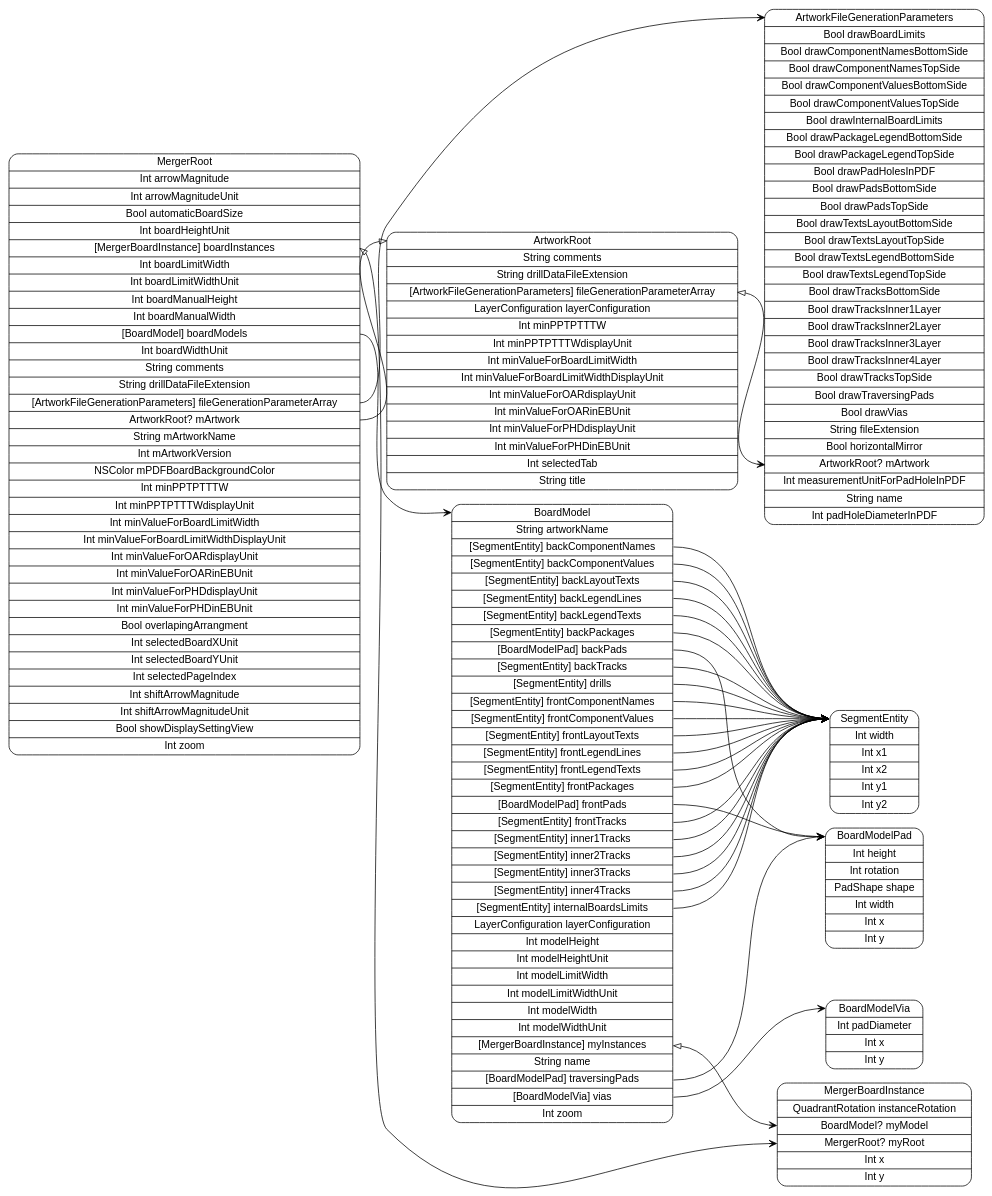
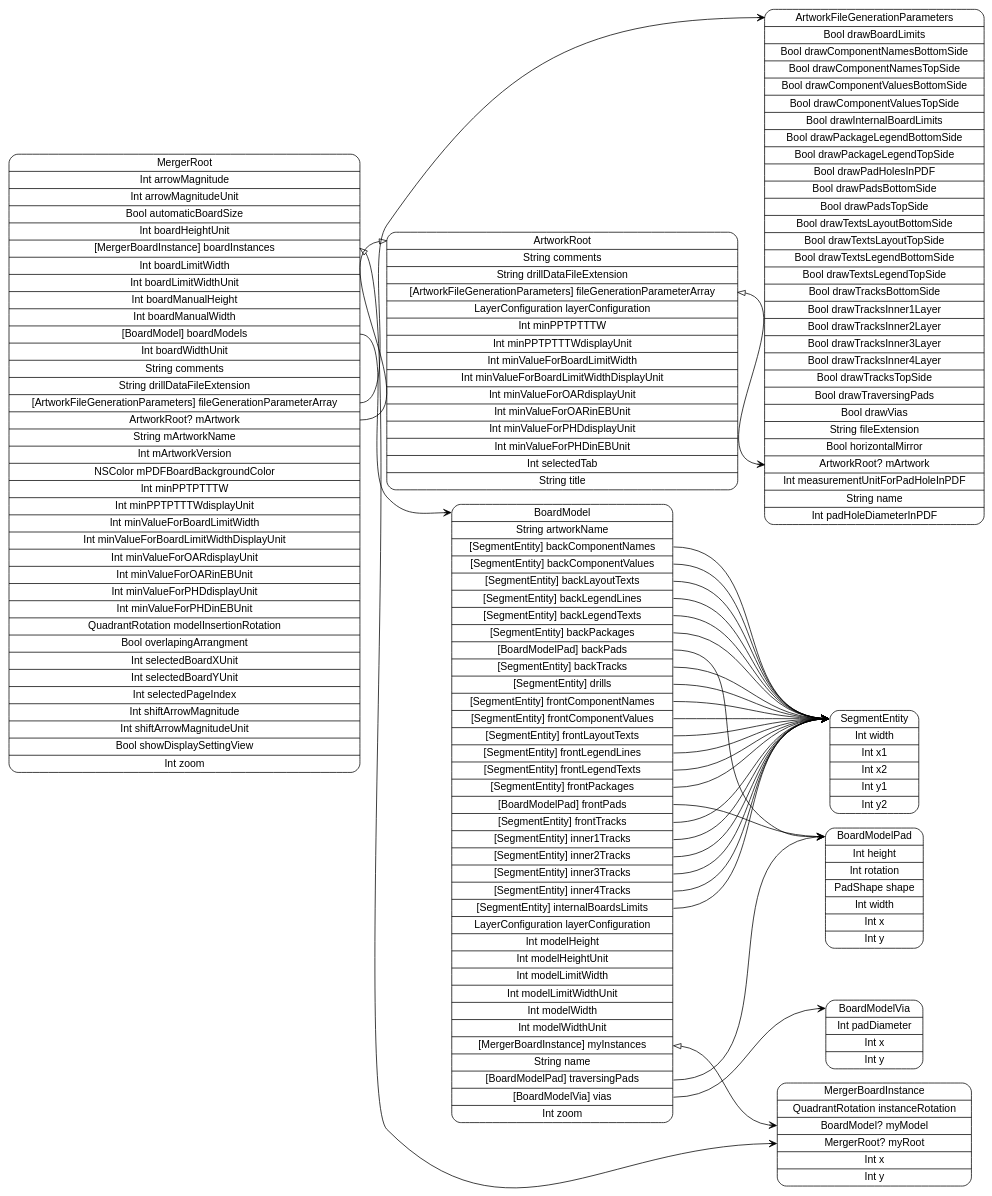
The diagram in models/MergerRoot.dot (pierremolinaro/ElCanari-dev), drawn with Graphviz before and after one commit. The commit also changed 34 other files, not shown here.

Commit message:
AutoLayoutMergerDocument : fin board page

```diff
--- a/models/MergerRoot.dot
+++ b/models/MergerRoot.dot
@@ -1,42 +1,42 @@
 digraph G {
   rankdir=LR ;
   node [shape=record fontname=helvetica style=rounded] ;
-  MergerRoot[label="<MergerRoot>MergerRoot|Int arrowMagnitude|Int arrowMagnitudeUnit|Bool automaticBoardSize|Int boardHeightUnit|<boardInstances>[MergerBoardInstance] boardInstances|Int boardLimitWidth|Int boardLimitWidthUnit|Int boardManualHeight|Int boardManualWidth|<boardModels>[BoardModel] boardModels|Int boardWidthUnit|String comments|String drillDataFileExtension|<fileGenerationParameterArray>[ArtworkFileGenerationParameters] fileGenerationParameterArray|<mArtwork>ArtworkRoot? mArtwork|String mArtworkName|Int mArtworkVersion|NSColor mPDFBoardBackgroundColor|Int minPPTPTTTW|Int minPPTPTTTWdisplayUnit|Int minValueForBoardLimitWidth|Int minValueForBoardLimitWidthDisplayUnit|Int minValueForOARdisplayUnit|Int minValueForOARinEBUnit|Int minValueForPHDdisplayUnit|Int minValueForPHDinEBUnit|Bool overlapingArrangment|Int selectedBoardXUnit|Int selectedBoardYUnit|Int selectedPageIndex|Int shiftArrowMagnitude|Int shiftArrowMagnitudeUnit|Bool showDisplaySettingView|Int zoom"] ;
+  MergerRoot[label="<MergerRoot>MergerRoot|Int arrowMagnitude|Int arrowMagnitudeUnit|Bool automaticBoardSize|Int boardHeightUnit|<boardInstances>[MergerBoardInstance] boardInstances|Int boardLimitWidth|Int boardLimitWidthUnit|Int boardManualHeight|Int boardManualWidth|<boardModels>[BoardModel] boardModels|Int boardWidthUnit|String comments|String drillDataFileExtension|<fileGenerationParameterArray>[ArtworkFileGenerationParameters] fileGenerationParameterArray|<mArtwork>ArtworkRoot? mArtwork|String mArtworkName|Int mArtworkVersion|NSColor mPDFBoardBackgroundColor|Int minPPTPTTTW|Int minPPTPTTTWdisplayUnit|Int minValueForBoardLimitWidth|Int minValueForBoardLimitWidthDisplayUnit|Int minValueForOARdisplayUnit|Int minValueForOARinEBUnit|Int minValueForPHDdisplayUnit|Int minValueForPHDinEBUnit|QuadrantRotation modelInsertionRotation|Bool overlapingArrangment|Int selectedBoardXUnit|Int selectedBoardYUnit|Int selectedPageIndex|Int shiftArrowMagnitude|Int shiftArrowMagnitudeUnit|Bool showDisplaySettingView|Int zoom"] ;
   ArtworkRoot[label="<ArtworkRoot>ArtworkRoot|String comments|String drillDataFileExtension|<fileGenerationParameterArray>[ArtworkFileGenerationParameters] fileGenerationParameterArray|LayerConfiguration layerConfiguration|Int minPPTPTTTW|Int minPPTPTTTWdisplayUnit|Int minValueForBoardLimitWidth|Int minValueForBoardLimitWidthDisplayUnit|Int minValueForOARdisplayUnit|Int minValueForOARinEBUnit|Int minValueForPHDdisplayUnit|Int minValueForPHDinEBUnit|Int selectedTab|String title"] ;
   ArtworkFileGenerationParameters[label="<ArtworkFileGenerationParameters>ArtworkFileGenerationParameters|Bool drawBoardLimits|Bool drawComponentNamesBottomSide|Bool drawComponentNamesTopSide|Bool drawComponentValuesBottomSide|Bool drawComponentValuesTopSide|Bool drawInternalBoardLimits|Bool drawPackageLegendBottomSide|Bool drawPackageLegendTopSide|Bool drawPadHolesInPDF|Bool drawPadsBottomSide|Bool drawPadsTopSide|Bool drawTextsLayoutBottomSide|Bool drawTextsLayoutTopSide|Bool drawTextsLegendBottomSide|Bool drawTextsLegendTopSide|Bool drawTracksBottomSide|Bool drawTracksInner1Layer|Bool drawTracksInner2Layer|Bool drawTracksInner3Layer|Bool drawTracksInner4Layer|Bool drawTracksTopSide|Bool drawTraversingPads|Bool drawVias|String fileExtension|Bool horizontalMirror|<mArtwork>ArtworkRoot? mArtwork|Int measurementUnitForPadHoleInPDF|String name|Int padHoleDiameterInPDF"] ;
   BoardModel[label="<BoardModel>BoardModel|String artworkName|<backComponentNames>[SegmentEntity] backComponentNames|<backComponentValues>[SegmentEntity] backComponentValues|<backLayoutTexts>[SegmentEntity] backLayoutTexts|<backLegendLines>[SegmentEntity] backLegendLines|<backLegendTexts>[SegmentEntity] backLegendTexts|<backPackages>[SegmentEntity] backPackages|<backPads>[BoardModelPad] backPads|<backTracks>[SegmentEntity] backTracks|<drills>[SegmentEntity] drills|<frontComponentNames>[SegmentEntity] frontComponentNames|<frontComponentValues>[SegmentEntity] frontComponentValues|<frontLayoutTexts>[SegmentEntity] frontLayoutTexts|<frontLegendLines>[SegmentEntity] frontLegendLines|<frontLegendTexts>[SegmentEntity] frontLegendTexts|<frontPackages>[SegmentEntity] frontPackages|<frontPads>[BoardModelPad] frontPads|<frontTracks>[SegmentEntity] frontTracks|<inner1Tracks>[SegmentEntity] inner1Tracks|<inner2Tracks>[SegmentEntity] inner2Tracks|<inner3Tracks>[SegmentEntity] inner3Tracks|<inner4Tracks>[SegmentEntity] inner4Tracks|<internalBoardsLimits>[SegmentEntity] internalBoardsLimits|LayerConfiguration layerConfiguration|Int modelHeight|Int modelHeightUnit|Int modelLimitWidth|Int modelLimitWidthUnit|Int modelWidth|Int modelWidthUnit|<myInstances>[MergerBoardInstance] myInstances|String name|<traversingPads>[BoardModelPad] traversingPads|<vias>[BoardModelVia] vias|Int zoom"] ;
   BoardModelVia[label="<BoardModelVia>BoardModelVia|Int padDiameter|Int x|Int y"] ;
   BoardModelPad[label="<BoardModelPad>BoardModelPad|Int height|Int rotation|PadShape shape|Int width|Int x|Int y"] ;
   SegmentEntity[label="<SegmentEntity>SegmentEntity|Int width|Int x1|Int x2|Int y1|Int y2"] ;
   MergerBoardInstance[label="<MergerBoardInstance>MergerBoardInstance|QuadrantRotation instanceRotation|<myModel>BoardModel? myModel|<myRoot>MergerRoot? myRoot|Int x|Int y"] ;
   MergerRoot:boardInstances -> MergerBoardInstance:myRoot [dir=both arrowtail=onormal arrowhead=vee] ;
   MergerRoot:boardModels -> BoardModel:BoardModel [dir=both arrowtail=none arrowhead=vee] ;
   MergerRoot:fileGenerationParameterArray -> ArtworkFileGenerationParameters:ArtworkFileGenerationParameters [dir=both arrowtail=none arrowhead=vee] ;
   MergerRoot:mArtwork -> ArtworkRoot:ArtworkRoot [dir=both arrowtail=none arrowhead=onormal] ;
   ArtworkRoot:fileGenerationParameterArray -> ArtworkFileGenerationParameters:mArtwork [dir=both arrowtail=onormal arrowhead=vee] ;
   BoardModel:backComponentNames -> SegmentEntity:SegmentEntity [dir=both arrowtail=none arrowhead=vee] ;
   BoardModel:backComponentValues -> SegmentEntity:SegmentEntity [dir=both arrowtail=none arrowhead=vee] ;
   BoardModel:backLayoutTexts -> SegmentEntity:SegmentEntity [dir=both arrowtail=none arrowhead=vee] ;
   BoardModel:backLegendLines -> SegmentEntity:SegmentEntity [dir=both arrowtail=none arrowhead=vee] ;
   BoardModel:backLegendTexts -> SegmentEntity:SegmentEntity [dir=both arrowtail=none arrowhead=vee] ;
   BoardModel:backPackages -> SegmentEntity:SegmentEntity [dir=both arrowtail=none arrowhead=vee] ;
   BoardModel:backPads -> BoardModelPad:BoardModelPad [dir=both arrowtail=none arrowhead=vee] ;
   BoardModel:backTracks -> SegmentEntity:SegmentEntity [dir=both arrowtail=none arrowhead=vee] ;
   BoardModel:drills -> SegmentEntity:SegmentEntity [dir=both arrowtail=none arrowhead=vee] ;
   BoardModel:frontComponentNames -> SegmentEntity:SegmentEntity [dir=both arrowtail=none arrowhead=vee] ;
   BoardModel:frontComponentValues -> SegmentEntity:SegmentEntity [dir=both arrowtail=none arrowhead=vee] ;
   BoardModel:frontLayoutTexts -> SegmentEntity:SegmentEntity [dir=both arrowtail=none arrowhead=vee] ;
   BoardModel:frontLegendLines -> SegmentEntity:SegmentEntity [dir=both arrowtail=none arrowhead=vee] ;
   BoardModel:frontLegendTexts -> SegmentEntity:SegmentEntity [dir=both arrowtail=none arrowhead=vee] ;
   BoardModel:frontPackages -> SegmentEntity:SegmentEntity [dir=both arrowtail=none arrowhead=vee] ;
   BoardModel:frontPads -> BoardModelPad:BoardModelPad [dir=both arrowtail=none arrowhead=vee] ;
   BoardModel:frontTracks -> SegmentEntity:SegmentEntity [dir=both arrowtail=none arrowhead=vee] ;
   BoardModel:inner1Tracks -> SegmentEntity:SegmentEntity [dir=both arrowtail=none arrowhead=vee] ;
   BoardModel:inner2Tracks -> SegmentEntity:SegmentEntity [dir=both arrowtail=none arrowhead=vee] ;
   BoardModel:inner3Tracks -> SegmentEntity:SegmentEntity [dir=both arrowtail=none arrowhead=vee] ;
   BoardModel:inner4Tracks -> SegmentEntity:SegmentEntity [dir=both arrowtail=none arrowhead=vee] ;
   BoardModel:internalBoardsLimits -> SegmentEntity:SegmentEntity [dir=both arrowtail=none arrowhead=vee] ;
   BoardModel:myInstances -> MergerBoardInstance:myModel [dir=both arrowtail=onormal arrowhead=vee] ;
   BoardModel:traversingPads -> BoardModelPad:BoardModelPad [dir=both arrowtail=none arrowhead=vee] ;
   BoardModel:vias -> BoardModelVia:BoardModelVia [dir=both arrowtail=none arrowhead=vee] ;
 }
```
